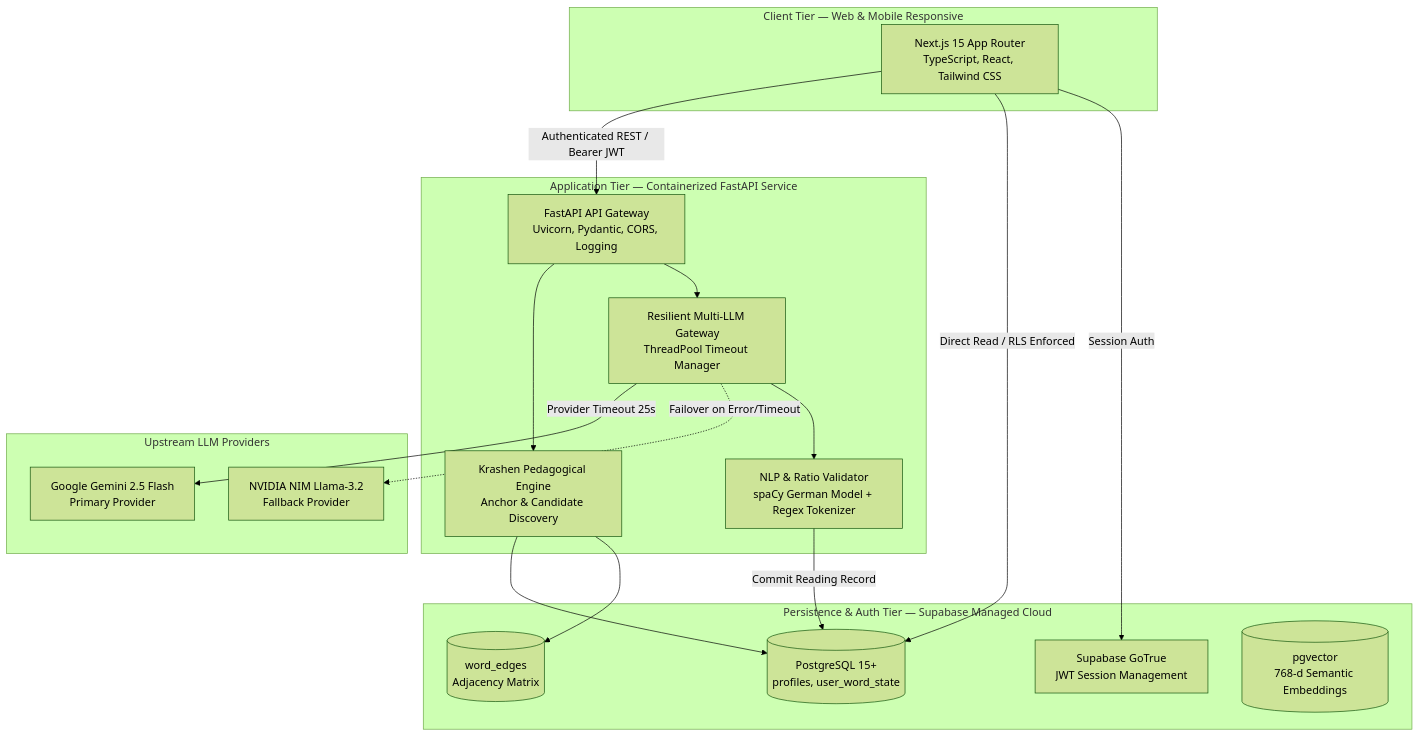
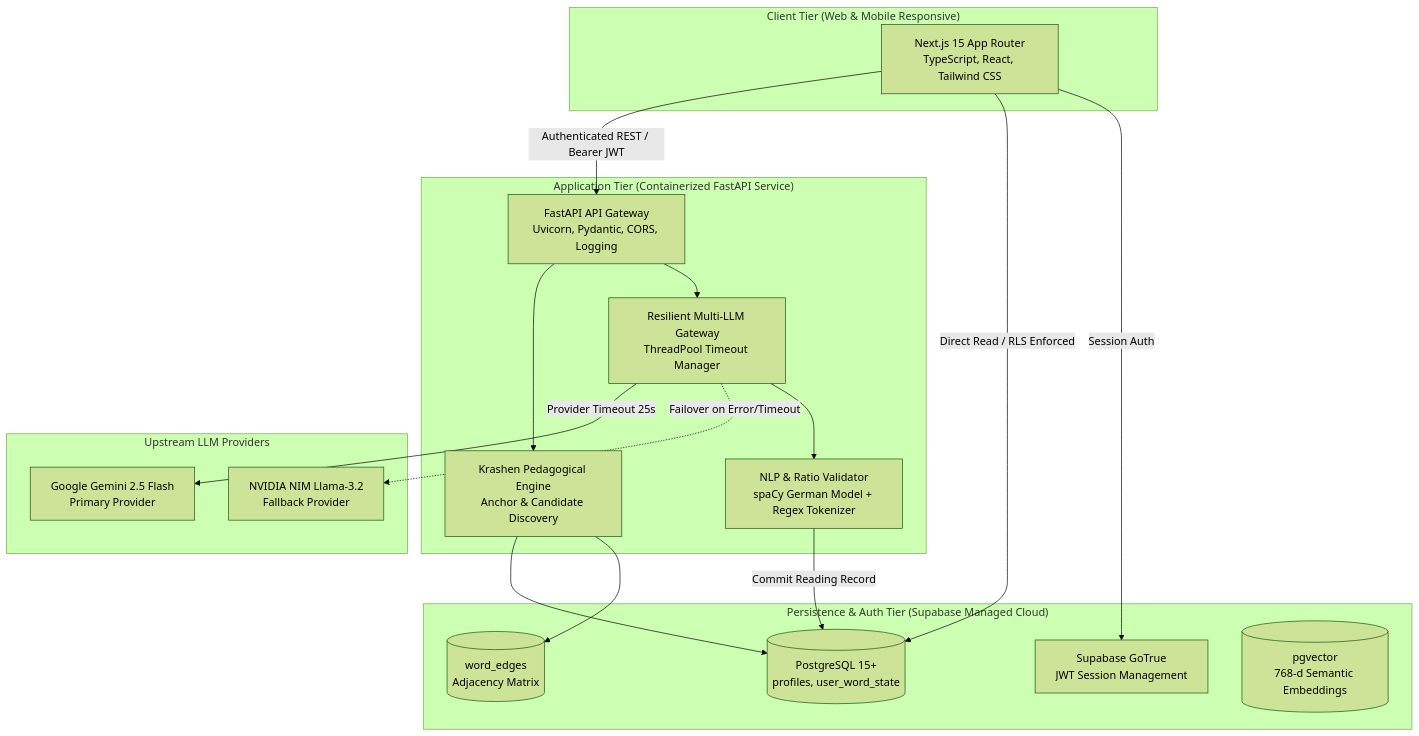
The second of 2 diagrams in README.md (vyscnktn/drain), drawn with Mermaid (forest theme) before and after one commit. The commit also changed other lines of this file and 4 other files, not shown here.

Commit message:
fix(docs): resolve Mermaid syntax and quotation formatting for GitHub renderer

````diff
--- a/README.md
+++ b/README.md
@@ -59,40 +60,40 @@
 ```mermaid
 graph TB
-    subgraph ClientLayer [Client Tier — Web & Mobile Responsive]
-        SPA[Next.js 15 App Router<br/>TypeScript, React, Tailwind CSS]
+    subgraph ClientLayer ["Client Tier (Web & Mobile Responsive)"]
+        SPA["Next.js 15 App Router<br/>TypeScript, React, Tailwind CSS"]
     end
 
-    subgraph ServiceLayer [Application Tier — Containerized FastAPI Service]
-        Router[FastAPI API Gateway<br/>Uvicorn, Pydantic, CORS, Logging]
-        KrashenSvc[Krashen Pedagogical Engine<br/>Anchor & Candidate Discovery]
-        LLMSvc[Resilient Multi-LLM Gateway<br/>ThreadPool Timeout Manager]
-        NLPValidator[NLP & Ratio Validator<br/>spaCy German Model + Regex Tokenizer]
+    subgraph ServiceLayer ["Application Tier (Containerized FastAPI Service)"]
+        Router["FastAPI API Gateway<br/>Uvicorn, Pydantic, CORS, Logging"]
+        KrashenSvc["Krashen Pedagogical Engine<br/>Anchor & Candidate Discovery"]
+        LLMSvc["Resilient Multi-LLM Gateway<br/>ThreadPool Timeout Manager"]
+        NLPValidator["NLP & Ratio Validator<br/>spaCy German Model + Regex Tokenizer"]
     end
 
-    subgraph DataLayer [Persistence & Auth Tier — Supabase Managed Cloud]
-        Auth[Supabase GoTrue<br/>JWT Session Management]
-        PostgresDB[(PostgreSQL 15+<br/>profiles, user_word_state)]
-        GraphTable[(word_edges<br/>Adjacency Matrix)]
-        VectorExt[(pgvector<br/>768-d Semantic Embeddings)]
+    subgraph DataLayer ["Persistence & Auth Tier (Supabase Managed Cloud)"]
+        Auth["Supabase GoTrue<br/>JWT Session Management"]
+        PostgresDB[("PostgreSQL 15+<br/>profiles, user_word_state")]
+        GraphTable[("word_edges<br/>Adjacency Matrix")]
+        VectorExt[("pgvector<br/>768-d Semantic Embeddings")]
     end
 
-    subgraph ExternalAI [Upstream LLM Providers]
-        GeminiCloud[Google Gemini 2.5 Flash<br/>Primary Provider]
-        NIMCloud[NVIDIA NIM Llama-3.2<br/>Fallback Provider]
+    subgraph ExternalAI ["Upstream LLM Providers"]
+        GeminiCloud["Google Gemini 2.5 Flash<br/>Primary Provider"]
+        NIMCloud["NVIDIA NIM Llama-3.2<br/>Fallback Provider"]
     end
 
-    SPA -->|Authenticated REST / Bearer JWT| Router
-    SPA -->|Direct Read / RLS Enforced| PostgresDB
-    SPA -->|Session Auth| Auth
+    SPA -->|"Authenticated REST / Bearer JWT"| Router
+    SPA -->|"Direct Read / RLS Enforced"| PostgresDB
+    SPA -->|"Session Auth"| Auth
 
     Router --> KrashenSvc
     KrashenSvc --> PostgresDB
     KrashenSvc --> GraphTable
 
     Router --> LLMSvc
-    LLMSvc -->|Provider Timeout 25s| GeminiCloud
-    LLMSvc -.->|Failover on Error/Timeout| NIMCloud
+    LLMSvc -->|"Provider Timeout 25s"| GeminiCloud
+    LLMSvc -.->|"Failover on Error/Timeout"| NIMCloud
 
     LLMSvc --> NLPValidator
-    NLPValidator -->|Commit Reading Record| PostgresDB
+    NLPValidator -->|"Commit Reading Record"| PostgresDB
 ```
````
